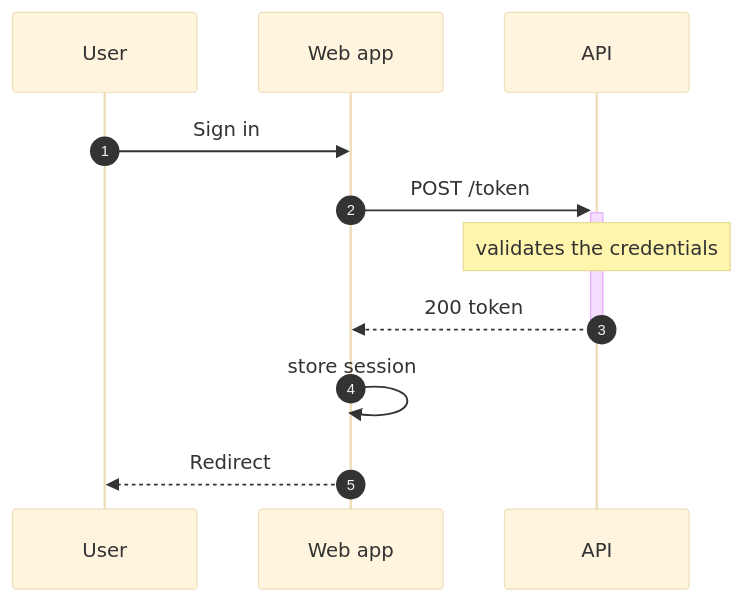
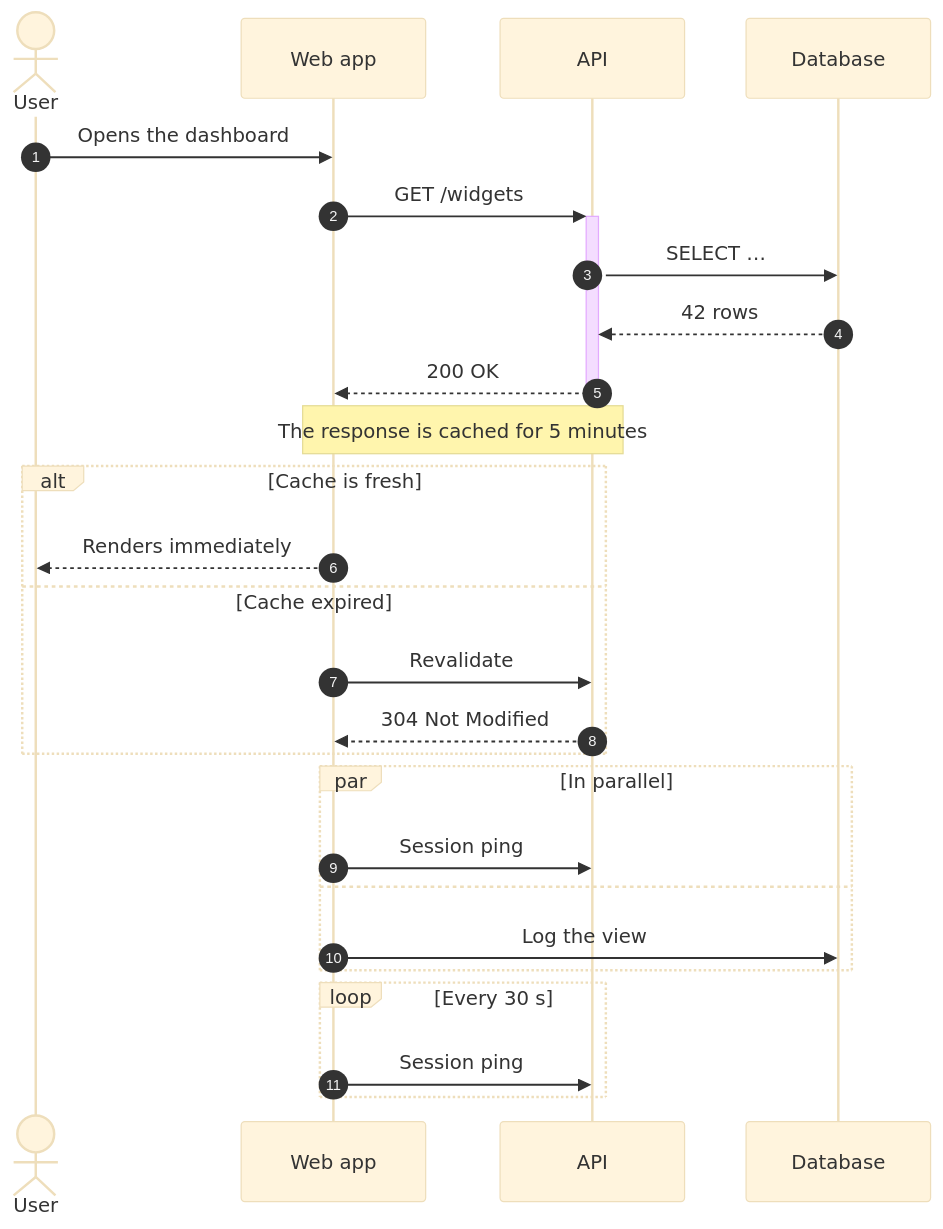
Before and after one commit to InnovateIt-ak/docusaurus: the eighth of 28 diagrams in docs/mermaid-diagrams.mdx, drawn with Mermaid (base theme). The commit also changed other lines of this file, not shown here.

First line of the commit message:
docs(mermaid): step through complete cases — a branching flowchart, a long exchange

````diff
--- a/docs/mermaid-diagrams.mdx
+++ b/docs/mermaid-diagrams.mdx
@@ -339,14 +368,34 @@
 ```mermaid
 sequenceDiagram
     %% steps
     autonumber
-    participant U as User
+    actor U as User
     participant W as Web app
     participant A as API
-    U->>W: Sign in
-    W->>+A: POST /token
-    Note over A: validates the credentials
-    A-->>-W: 200 token
-    W->>W: store session
-    W-->>U: Redirect
+    participant D as Database
+
+    U->>W: Opens the dashboard
+    W->>+A: GET /widgets
+    A->>D: SELECT …
+    D-->>A: 42 rows
+    A-->>-W: 200 OK
+
+    Note over W,A: The response is cached for 5 minutes
+
+    alt Cache is fresh
+        W-->>U: Renders immediately
+    else Cache expired
+        W->>A: Revalidate
+        A-->>W: 304 Not Modified
+    end
+
+    par In parallel
+        W->>A: Session ping
+    and
+        W->>D: Log the view
+    end
+
+    loop Every 30 s
+        W->>A: Session ping
+    end
 ```
````
